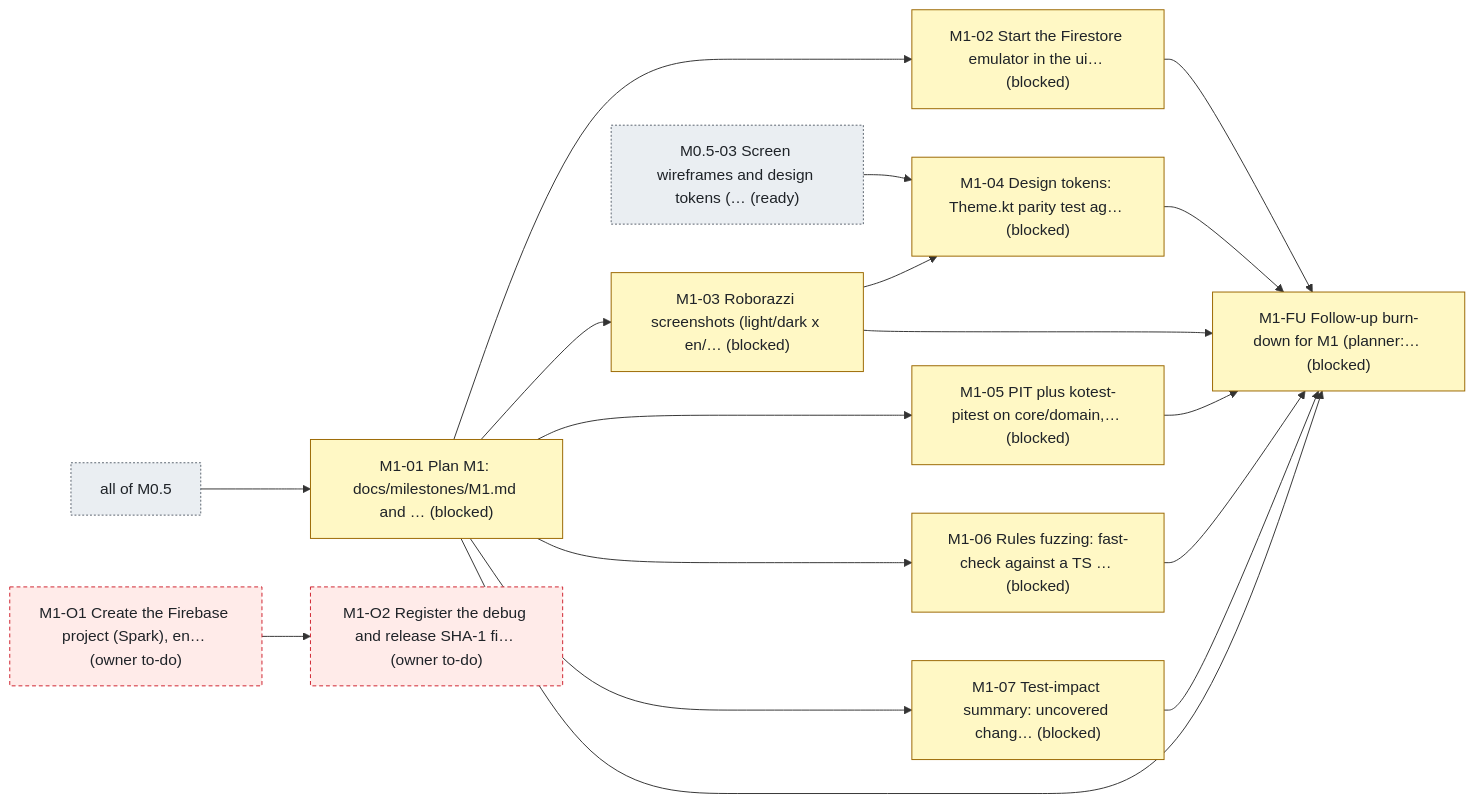
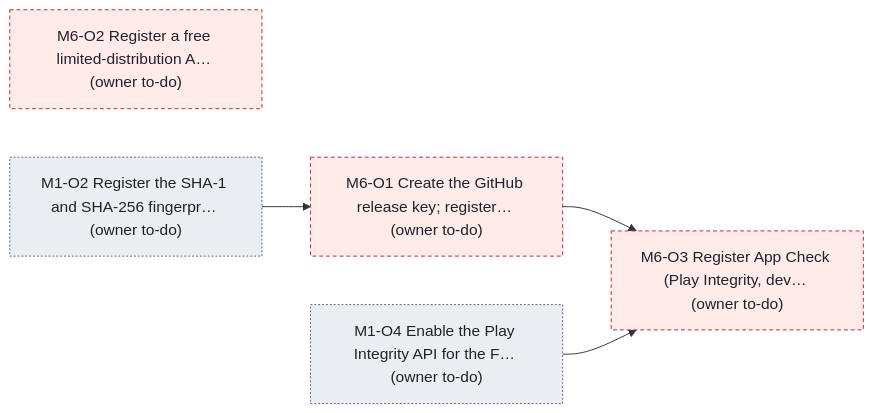
The third of 3 diagrams in status.md (bondo/listicles2), drawn with Mermaid before and after one commit. The commit also changed other lines of this file and 2 other files, not shown here.

````diff
--- a/status.md
+++ b/status.md
@@ -157,36 +366,16 @@
 ```mermaid
 flowchart LR
-    n0["M1-01 Plan M1: docs/milestones/M1.md and … (blocked)"]:::blocked
-    n1["M1-02 Start the Firestore emulator in the ui… (blocked)"]:::blocked
-    n2["M1-03 Roborazzi screenshots (light/dark x en/… (blocked)"]:::blocked
-    n3["M1-04 Design tokens: Theme.kt parity test ag… (blocked)"]:::blocked
-    n4["M1-05 PIT plus kotest-pitest on core/domain,… (blocked)"]:::blocked
-    n5["M1-06 Rules fuzzing: fast-check against a TS … (blocked)"]:::blocked
-    n6["M1-07 Test-impact summary: uncovered chang… (blocked)"]:::blocked
-    n7["M1-FU Follow-up burn-down for M1 (planner:… (blocked)"]:::blocked
-    n8["M1-O1 Create the Firebase project (Spark), en… (owner to-do)"]:::owner
-    n9["M1-O2 Register the debug and release SHA-1 fi… (owner to-do)"]:::owner
-    n10["all of M0.5"]:::ext
-    n11["M0.5-03 Screen wireframes and design tokens (… (ready)"]:::ext
-    n10 --> n0
-    n0 --> n1
+    n0["M6-O1 Create the GitHub release key#59; register… (owner to-do)"]:::owner
+    n1["M6-O2 Register a free limited-distribution A… (owner to-do)"]:::owner
+    n2["M6-O3 Register App Check (Play Integrity, dev… (owner to-do)"]:::owner
+    n3["M1-O2 Register the SHA-1 and SHA-256 fingerpr… (owner to-do)"]:::ext
+    n4["M1-O4 Enable the Play Integrity API for the F… (owner to-do)"]:::ext
+    n3 --> n0
     n0 --> n2
-    n11 --> n3
-    n2 --> n3
-    n0 --> n4
-    n0 --> n5
-    n0 --> n6
-    n0 --> n7
-    n1 --> n7
-    n2 --> n7
-    n3 --> n7
-    n4 --> n7
-    n5 --> n7
-    n6 --> n7
-    n8 --> n9
+    n4 --> n2
     classDef ready fill:#dafbe1,stroke:#1a7f37,color:#1f2328
     classDef progress fill:#ddf4ff,stroke:#0969da,color:#1f2328
     classDef blocked fill:#fff8c5,stroke:#9a6700,color:#1f2328
     classDef owner fill:#ffebe9,stroke:#cf222e,color:#1f2328,stroke-dasharray:4 3
     classDef ext fill:#eaeef2,stroke:#59636e,color:#1f2328,stroke-dasharray:2 2
 ```
````
